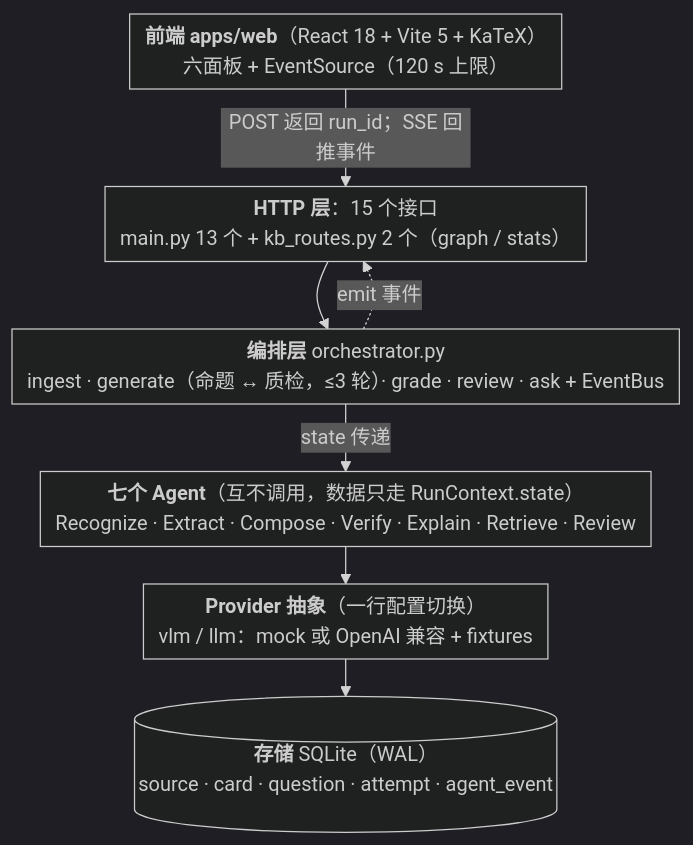
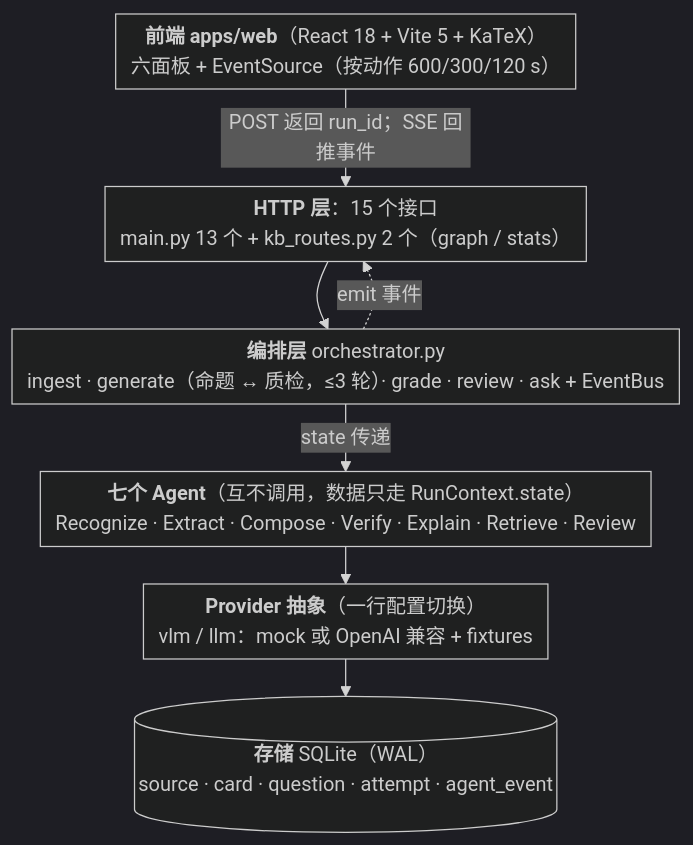
Before and after one commit to Td12138/yizhi-chengke: the first of 2 diagrams in docs/技术文档.md, drawn with Mermaid (dark theme). The commit also changed other lines of this file and 5 other files, not shown here.

````diff
--- a/docs/技术文档.md
+++ b/docs/技术文档.md
@@ -185,16 +185,16 @@
 ```mermaid
 %%{init: {"flowchart": {"wrappingWidth": 520, "nodeSpacing": 26, "rankSpacing": 30, "padding": 6}}}%%
 flowchart TB
-  FE["<b>前端 apps/web</b>（React 18 + Vite 5 + KaTeX）<br/>六面板 + EventSource（120 s 上限）"]
+  FE["<b>前端 apps/web</b>（React 18 + Vite 5 + KaTeX）<br/>六面板 + EventSource（按动作 600/300/120 s）"]
   API["<b>HTTP 层</b>：15 个接口<br/>main.py 13 个 + kb_routes.py 2 个（graph / stats）"]
   ORC["<b>编排层</b> orchestrator.py<br/>ingest · generate（命题 ↔ 质检，≤3 轮）· grade · review · ask + EventBus"]
   AG["<b>七个 Agent</b>（互不调用，数据只走 RunContext.state）<br/>Recognize · Extract · Compose · Verify · Explain · Retrieve · Review"]
   PR["<b>Provider 抽象</b>（一行配置切换）<br/>vlm / llm：mock 或 OpenAI 兼容 + fixtures"]
   ST[("<b>存储</b> SQLite（WAL）<br/>source · card · question · attempt · agent_event")]
   FE -->|"POST 返回 run_id；SSE 回推事件"| API
   API --> ORC
   ORC -->|"state 传递"| AG
   AG --> PR
   PR --> ST
   ORC -.->|"emit 事件"| API
 ```
````
